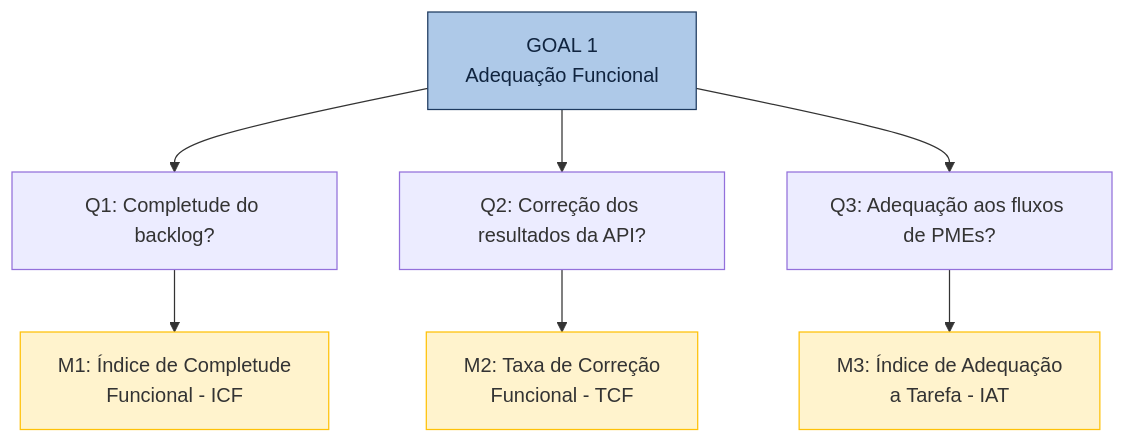
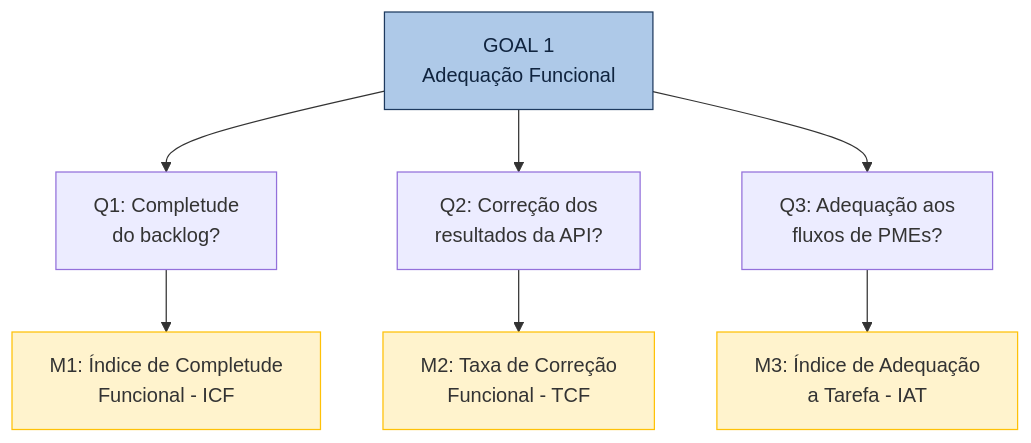
The diagram in docs/fase2/adequacao_funcional.md (FCTE-Qualidade-de-Software-1/2026-1_T01_FRANS_BILAS), drawn with Mermaid before and after one commit. The commit also changed other lines of this file and 3 other files, not shown here.

````diff
--- a/docs/fase2/adequacao_funcional.md
+++ b/docs/fase2/adequacao_funcional.md
@@ -27,15 +27,15 @@
 ```mermaid
 graph TD
     G1["GOAL 1<br>Adequação Funcional"]
-    G1 --> Q1["Q1: Completude do backlog?"]
-    G1 --> Q2["Q2: Correção dos resultados da API?"]
-    G1 --> Q3["Q3: Adequação aos fluxos de PMEs?"]
+    G1 --> Q1["Q1: Completude<br>do backlog?"]
+    G1 --> Q2["Q2: Correção dos<br>resultados da API?"]
+    G1 --> Q3["Q3: Adequação aos<br>fluxos de PMEs?"]
     Q1 --> M1["M1: Índice de Completude<br>Funcional - ICF"]
     Q2 --> M2["M2: Taxa de Correção<br>Funcional - TCF"]
     Q3 --> M3["M3: Índice de Adequação<br>a Tarefa - IAT"]
 
     style G1 fill:#AEC9E8,stroke:#1E3A5F,color:#10243F
     style M1 fill:#fff3cd,stroke:#ffc107
     style M2 fill:#fff3cd,stroke:#ffc107
     style M3 fill:#fff3cd,stroke:#ffc107
 ```
````
